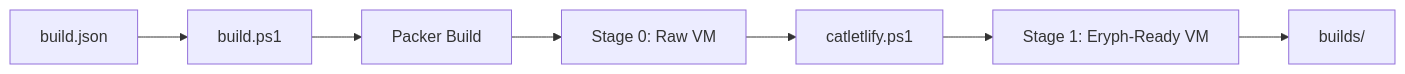
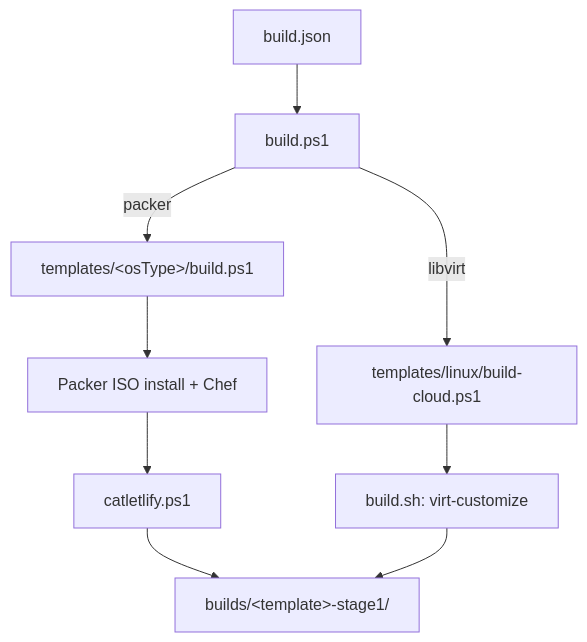
One commit to eryph-org/basecatlets-hyperv changed the diagram in README.md. Above: the diagram before and after it, drawn with Mermaid. The commit also changed other lines of this file and 42 other files, not shown here.

First line of the commit message:
Nextgen build flow: Linux cloud-image-customize path, EGS-based Windows provisioning (#5)

````diff
--- a/README.md
+++ b/README.md
@@ -72,9 +83,11 @@
 ```mermaid
-graph LR
+graph TD
     A[build.json] --> B[build.ps1]
-    B --> C[Packer Build]
-    C --> D[Stage 0: Raw VM]
+    B -->|packer| C[templates/&lt;osType&gt;/build.ps1]
+    C --> D[Packer ISO install + Chef]
     D --> E[catletlify.ps1]
-    E --> F[Stage 1: Eryph-Ready VM]
-    F --> G[builds/]
+    E --> Z[builds/&lt;template&gt;-stage1/]
+    B -->|libvirt| F[templates/linux/build-cloud.ps1]
+    F --> G[build.sh: virt-customize]
+    G --> Z
 ```
````
